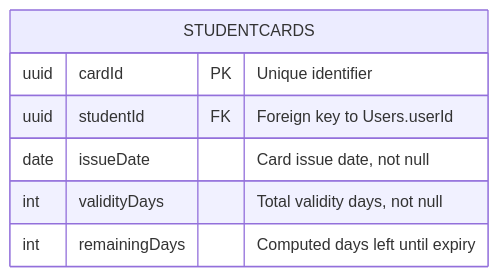
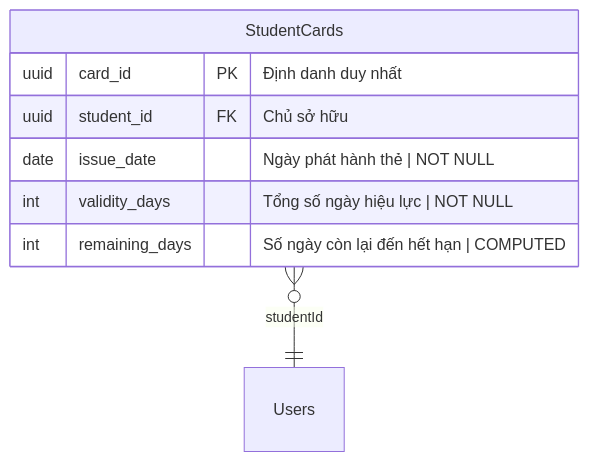
The seventh of 12 diagrams in docs/requirements/requirements.md (hainguyen81/membership-hub), drawn with Mermaid before and after one commit. The commit also changed other lines of this file and 1 other file, not shown here.

````diff
--- a/docs/requirements/requirements.md
+++ b/docs/requirements/requirements.md
@@ -216,10 +526,11 @@
-  ```mermaid
-  erDiagram
-      STUDENTCARDS {
-          uuid cardId PK "Unique identifier"
-          uuid studentId FK "Foreign key to Users.userId"
-          date issueDate "Card issue date, not null"
-          int validityDays "Total validity days, not null"
-          int remainingDays "Computed days left until expiry"
-      }
-  ```
+```mermaid
+erDiagram
+    StudentCards {
+        uuid card_id PK "Định danh duy nhất"
+        uuid student_id FK "Chủ sở hữu"
+        date issue_date "Ngày phát hành thẻ | NOT NULL"
+        int validity_days "Tổng số ngày hiệu lực | NOT NULL"
+        int remaining_days "Số ngày còn lại đến hết hạn | COMPUTED"
+    }
+    StudentCards }o--|| Users : "studentId"
+```
````
